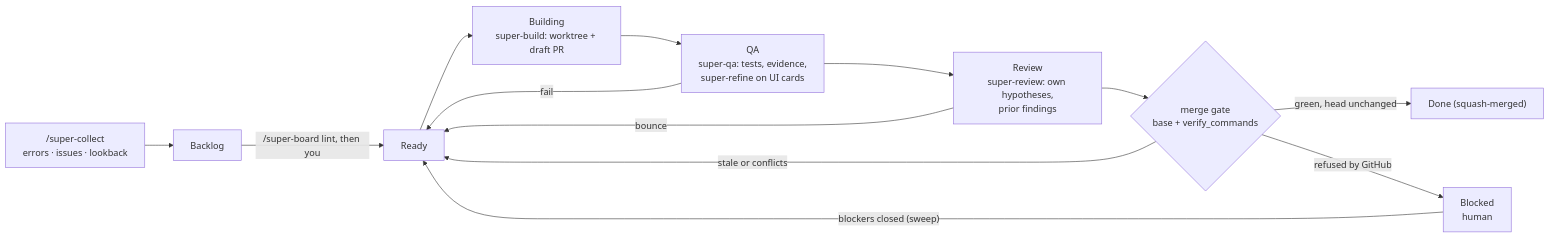
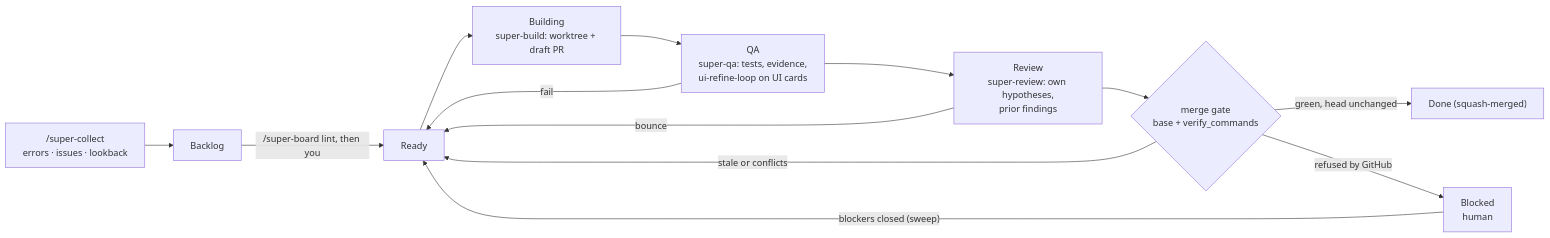
The diagram in docs/super-board/README.md (EricTechPro/super-board), drawn with Mermaid before and after one commit. The commit also changed other lines of this file and 69 other files, not shown here.

````diff
--- a/docs/super-board/README.md
+++ b/docs/super-board/README.md
@@ -23,15 +23,15 @@
 ```mermaid
 flowchart LR
   collect["/super-collect<br/>errors · issues · lookback"] --> backlog["Backlog"]
   backlog -->|"/super-board lint, then you"| ready["Ready"]
   ready --> build["Building<br/>super-build: worktree + draft PR"]
-  build --> qa["QA<br/>super-qa: tests, evidence,<br/>super-refine on UI cards"]
+  build --> qa["QA<br/>super-qa: tests, evidence,<br/>ui-refine-loop on UI cards"]
   qa --> review["Review<br/>super-review: own hypotheses,<br/>prior findings"]
   review --> gate{"merge gate<br/>base + verify_commands"}
   gate -->|green, head unchanged| done["Done (squash-merged)"]
   qa -->|fail| ready
   review -->|bounce| ready
   gate -->|stale or conflicts| ready
   gate -->|refused by GitHub| blocked["Blocked<br/>human"]
   blocked -->|"blockers closed (sweep)"| ready
 ```
````
